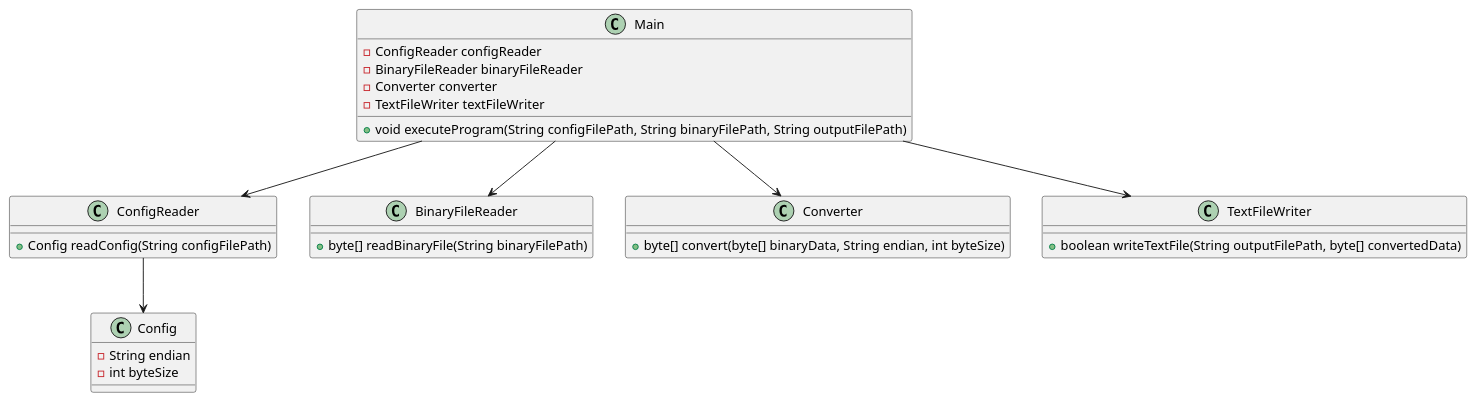
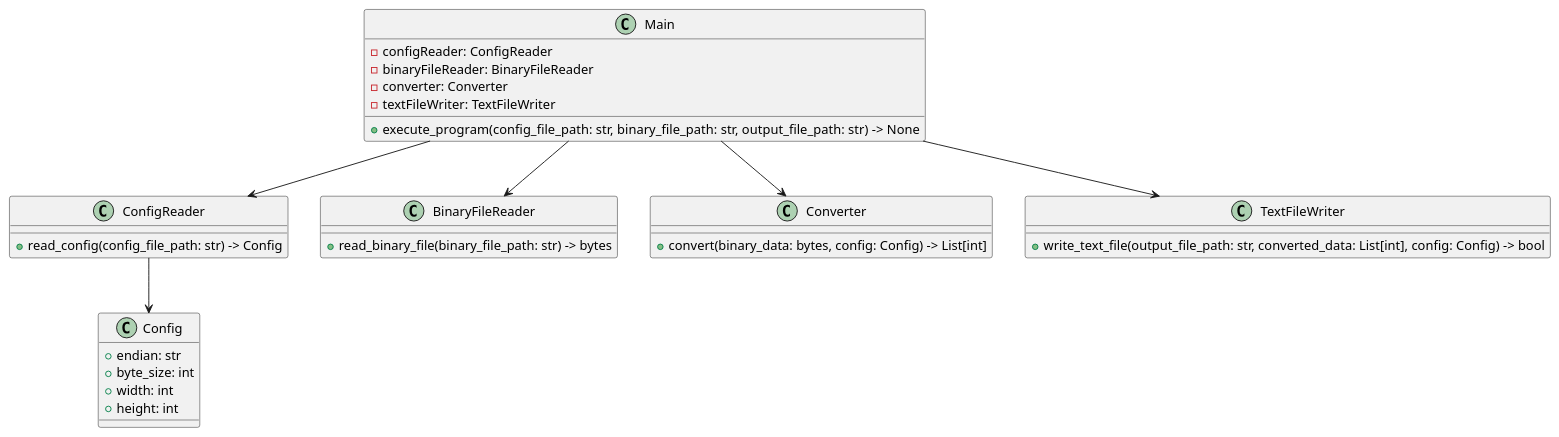
The diagram in raw_image_converter_クラス図.pu (LastaVista/raw_image_converter), drawn with PlantUML before and after one commit. The commit also changed 1 other file, not shown here.

Commit message:
クラス図，シーケンス図を修正．

```diff
--- a/raw_image_converter_クラス図.pu
+++ b/raw_image_converter_クラス図.pu
@@ -1,38 +1,40 @@
 @startuml raw_image_converter_クラス図
 
 class Main {
-    - ConfigReader configReader
-    - BinaryFileReader binaryFileReader
-    - Converter converter
-    - TextFileWriter textFileWriter
-    + void executeProgram(String configFilePath, String binaryFilePath, String outputFilePath)
+    - configReader: ConfigReader
+    - binaryFileReader: BinaryFileReader
+    - converter: Converter
+    - textFileWriter: TextFileWriter
+    + execute_program(config_file_path: str, binary_file_path: str, output_file_path: str) -> None
 }
 
 class ConfigReader {
-    + Config readConfig(String configFilePath)
+    + read_config(config_file_path: str) -> Config
 }
 
 class BinaryFileReader {
-    + byte[] readBinaryFile(String binaryFilePath)
+    + read_binary_file(binary_file_path: str) -> bytes
 }
 
 class Converter {
-    + byte[] convert(byte[] binaryData, String endian, int byteSize)
+    + convert(binary_data: bytes, config: Config) -> List[int]
 }
 
 class TextFileWriter {
-    + boolean writeTextFile(String outputFilePath, byte[] convertedData)
+    + write_text_file(output_file_path: str, converted_data: List[int], config: Config) -> bool
 }
 
 class Config {
-    - String endian
-    - int byteSize
+    + endian: str
+    + byte_size: int
+    + width: int
+    + height: int
 }
 
 Main --> ConfigReader
 Main --> BinaryFileReader
 Main --> Converter
 Main --> TextFileWriter
 ConfigReader --> Config
 
 @enduml
```
